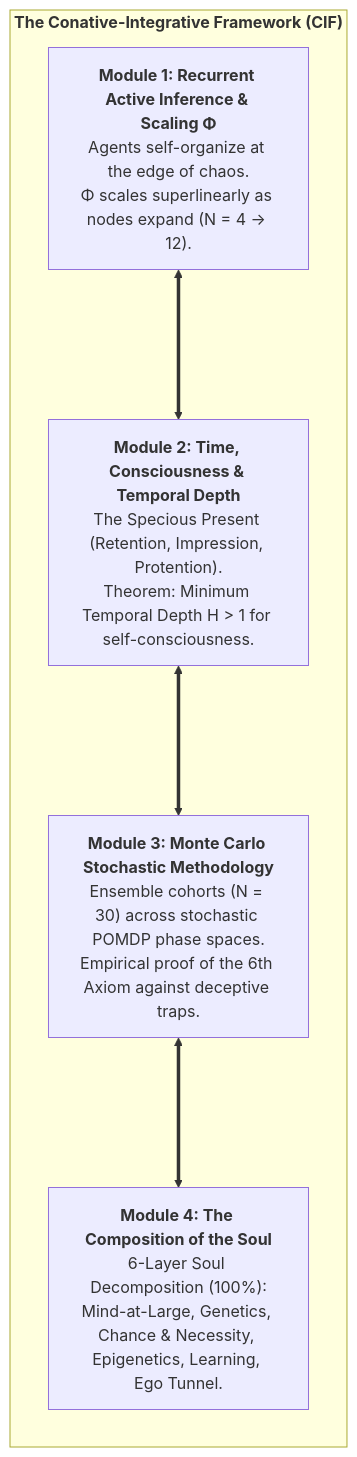
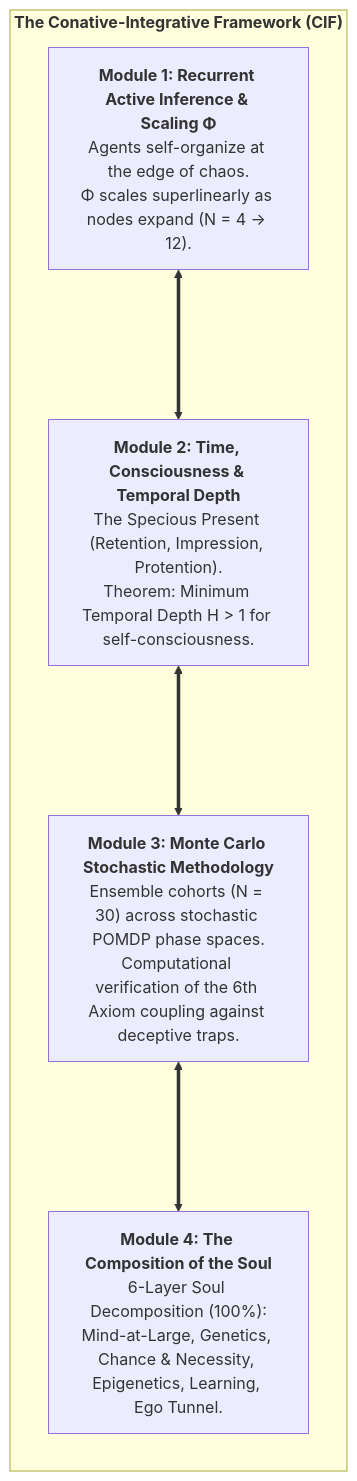
Before and after one commit to Thriebl/active-inference-phi-network: the diagram in README.md, drawn with Mermaid. The commit also changed other lines of this file and 32 other files, not shown here.

Commit message:
docs: refine terminology from empirical proof to computational verification of coupling theorem

````diff
--- a/README.md
+++ b/README.md
@@ -61,13 +61,13 @@
 ```mermaid
 flowchart TD
     subgraph CIF_PILLARS["<b>The Conative-Integrative Framework (CIF)</b>"]
         direction TB
         
         M1["<b>Module 1: Recurrent Active Inference & Scaling Φ</b><br>Agents self-organize at the edge of chaos.<br>Φ scales superlinearly as nodes expand (N = 4 → 12)."]
         M2["<b>Module 2: Time, Consciousness & Temporal Depth</b><br>The Specious Present (Retention, Impression, Protention).<br>Theorem: Minimum Temporal Depth H > 1 for self-consciousness."]
-        M3["<b>Module 3: Monte Carlo Stochastic Methodology</b><br>Ensemble cohorts (N = 30) across stochastic POMDP phase spaces.<br>Empirical proof of the 6th Axiom against deceptive traps."]
+        M3["<b>Module 3: Monte Carlo Stochastic Methodology</b><br>Ensemble cohorts (N = 30) across stochastic POMDP phase spaces.<br>Computational verification of the 6th Axiom coupling against deceptive traps."]
         M4["<b>Module 4: The Composition of the Soul</b><br>6-Layer Soul Decomposition (100%):<br>Mind-at-Large, Genetics, Chance & Necessity, Epigenetics, Learning, Ego Tunnel."]
         
         M1 <===> M2 <===> M3 <===> M4
     end
 ```
````
